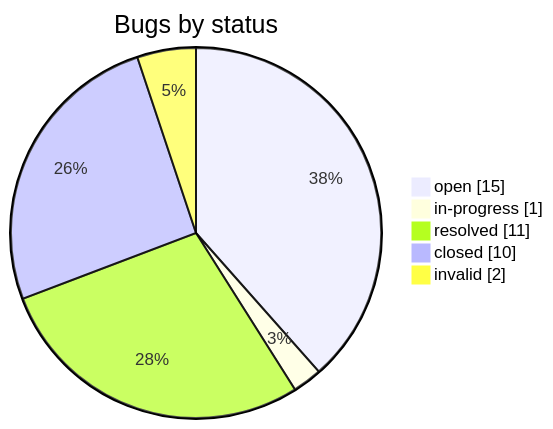
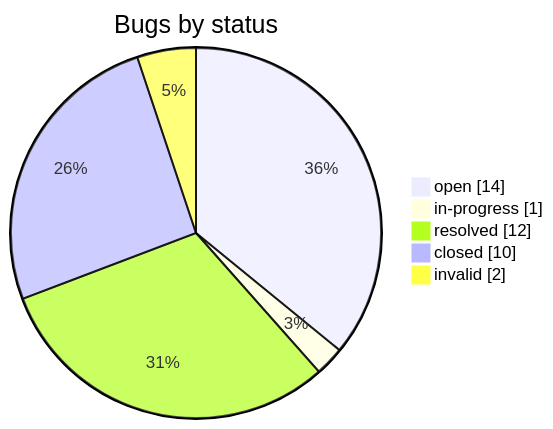
Before and after one commit to iammaxsu/automatic-testing-architecture: the second of 2 diagrams in STATUS.md, drawn with Mermaid. The commit also changed other lines of this file and 14 other files, not shown here.

````diff
--- a/STATUS.md
+++ b/STATUS.md
@@ -166,8 +166,8 @@
 ```mermaid
 pie showData title Bugs by status
-    "open" : 15
+    "open" : 14
     "in-progress" : 1
-    "resolved" : 11
+    "resolved" : 12
     "closed" : 10
     "invalid" : 2
 ```
````
